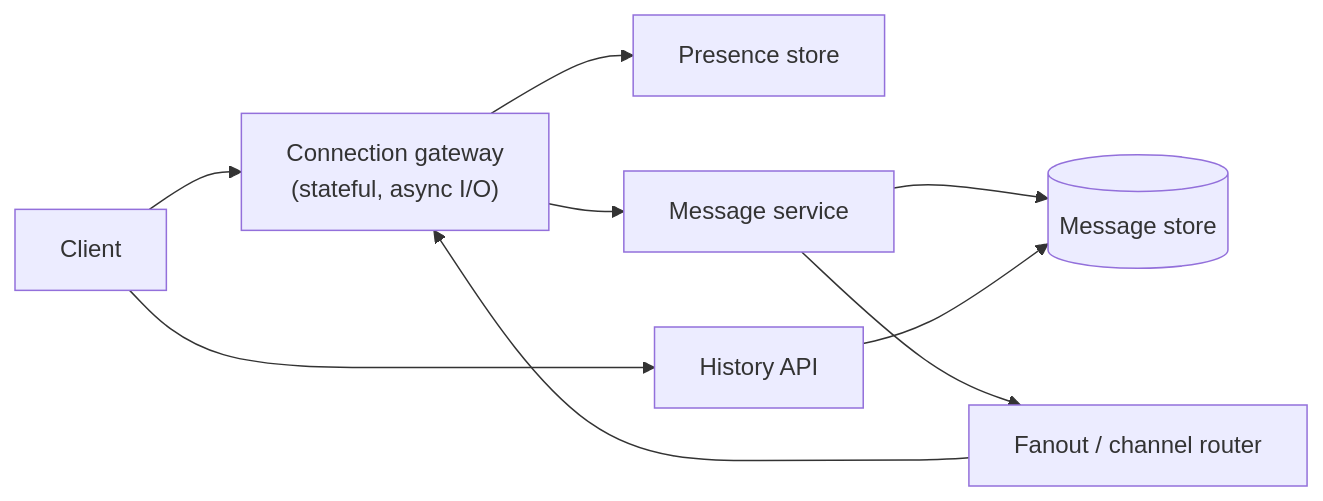
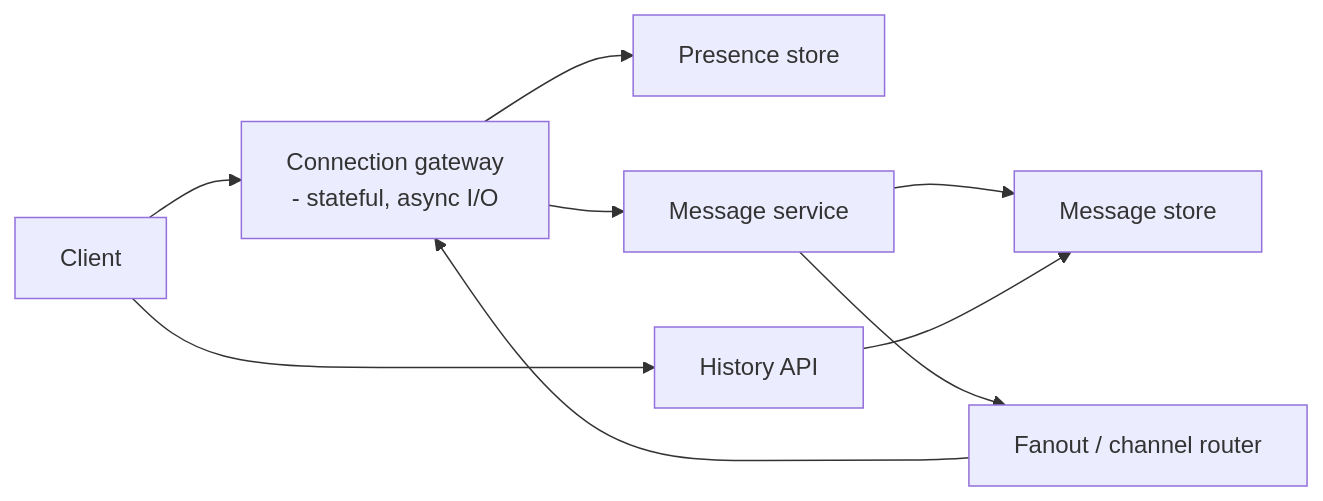
The first of 4 diagrams in case-studies/intermediate/chat-application.md (RIT-MESH/system-design-mastery), drawn with Mermaid before and after one commit. The commit also changed 139 other files, not shown here.

First line of the commit message:
Fix Mermaid parse errors: replace parentheses in node labels across 140 files

````diff
--- a/case-studies/intermediate/chat-application.md
+++ b/case-studies/intermediate/chat-application.md
@@ -48,11 +48,11 @@
 ```mermaid
 %% created-for: system-design-mastery
 flowchart LR
-  Client --> Gateway["Connection gateway<br/>(stateful, async I/O)"]
+  Client --> Gateway["Connection gateway<br/> - stateful, async I/O"]
   Gateway --> Presence["Presence store"]
   Gateway --> MsgSvc["Message service"]
-  MsgSvc --> Store[("Message store")]
+  MsgSvc --> Store["Message store"]
   MsgSvc --> Fanout["Fanout / channel router"]
   Fanout --> Gateway
   Client --> Hist["History API"] --> Store
 ```
````
